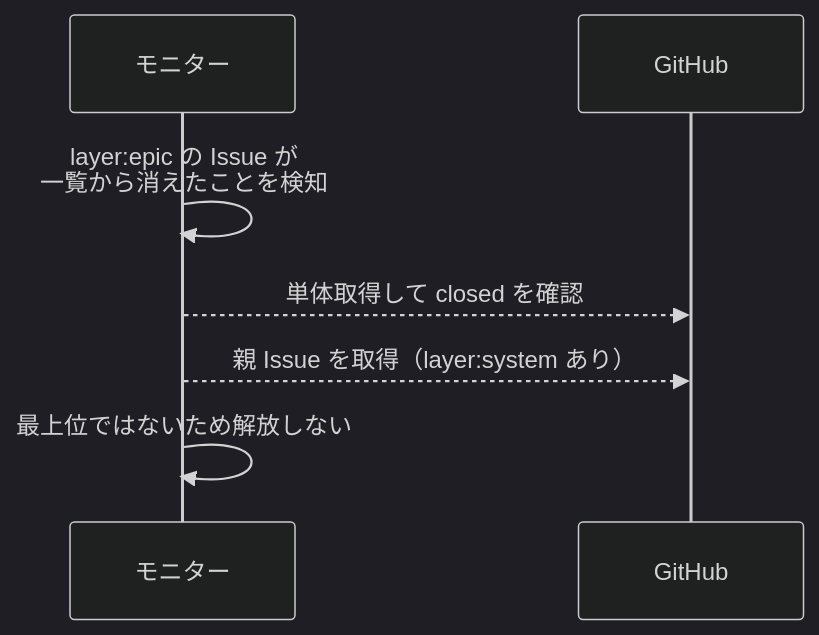
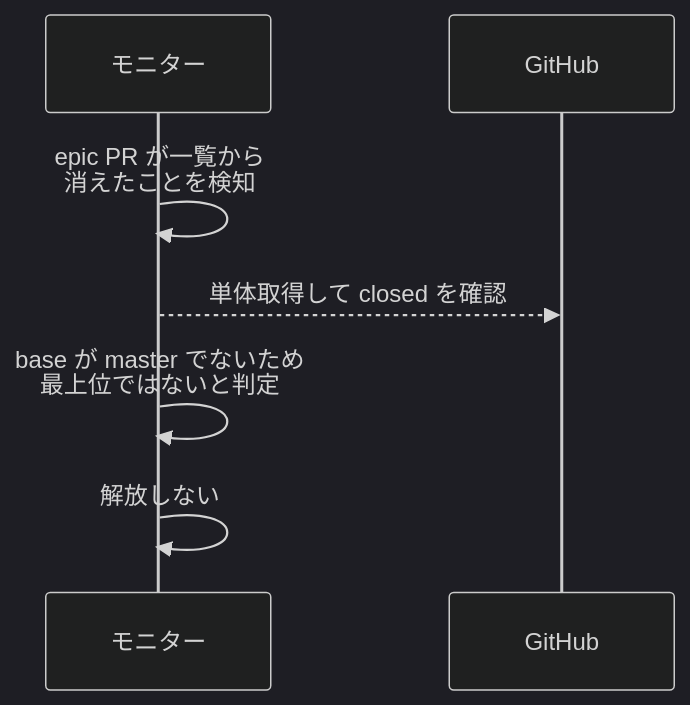
Before and after one commit to shuhei1101/ai-monitor: the fifth of 7 diagrams in docs/wiki/設計図/インターフェース定義/バックエンド/一括解放.py.md, drawn with Mermaid (dark theme). The commit also changed other lines of this file and 256 other files, not shown here.

````diff
--- a/docs/wiki/設計図/インターフェース定義/バックエンド/一括解放.py.md
+++ b/docs/wiki/設計図/インターフェース定義/バックエンド/一括解放.py.md
@@ -181,10 +179,10 @@
 ```mermaid
 sequenceDiagram
   participant MON as モニター
   participant GH as GitHub
 
-  MON->>MON: layer:epic の Issue が<br>一覧から消えたことを検知
+  MON->>MON: epic PR が一覧から<br>消えたことを検知
   MON-->>GH: 単体取得して closed を確認
-  MON-->>GH: 親 Issue を取得（layer:system あり）
-  MON->>MON: 最上位ではないため解放しない
+  MON->>MON: base が master でないため<br>最上位ではないと判定
+  MON->>MON: 解放しない
 ```
````
